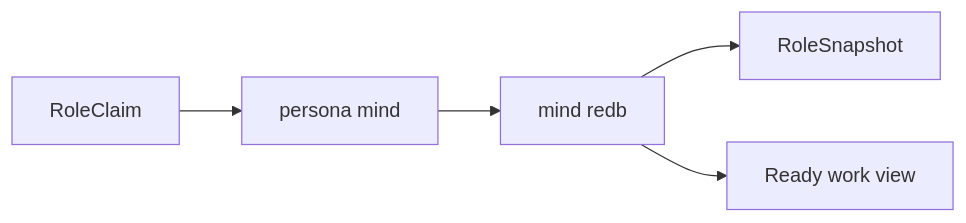
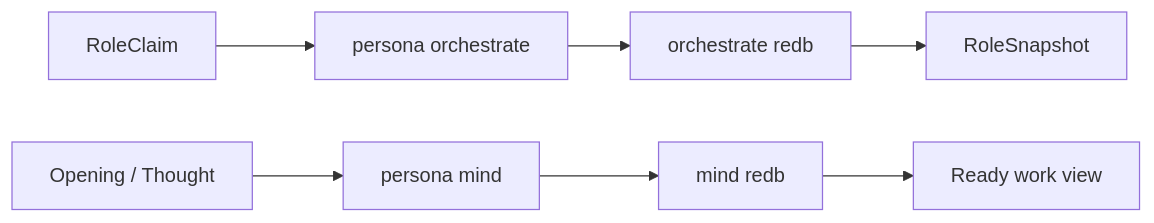
Before and after one commit to LiGoldragon/persona: the eighth of 8 diagrams in ARCHITECTURE.md, drawn with Mermaid. The commit also changed other lines of this file and 4 other files, not shown here.

Commit message:
wire persona orchestrate into apex flake

````diff
--- a/ARCHITECTURE.md
+++ b/ARCHITECTURE.md
@@ -957,7 +956,9 @@
 ```mermaid
 graph LR
-    claim[RoleClaim] --> mind[persona mind]
-    mind --> db[mind redb]
-    db --> role_view[RoleSnapshot]
-    db --> work_view[Ready work view]
+    claim[RoleClaim] --> orchestrate[persona orchestrate]
+    orchestrate --> orchestrate_db[orchestrate redb]
+    orchestrate_db --> role_view[RoleSnapshot]
+    work[Opening / Thought] --> mind[persona mind]
+    mind --> mind_db[mind redb]
+    mind_db --> work_view[Ready work view]
 ```
````
